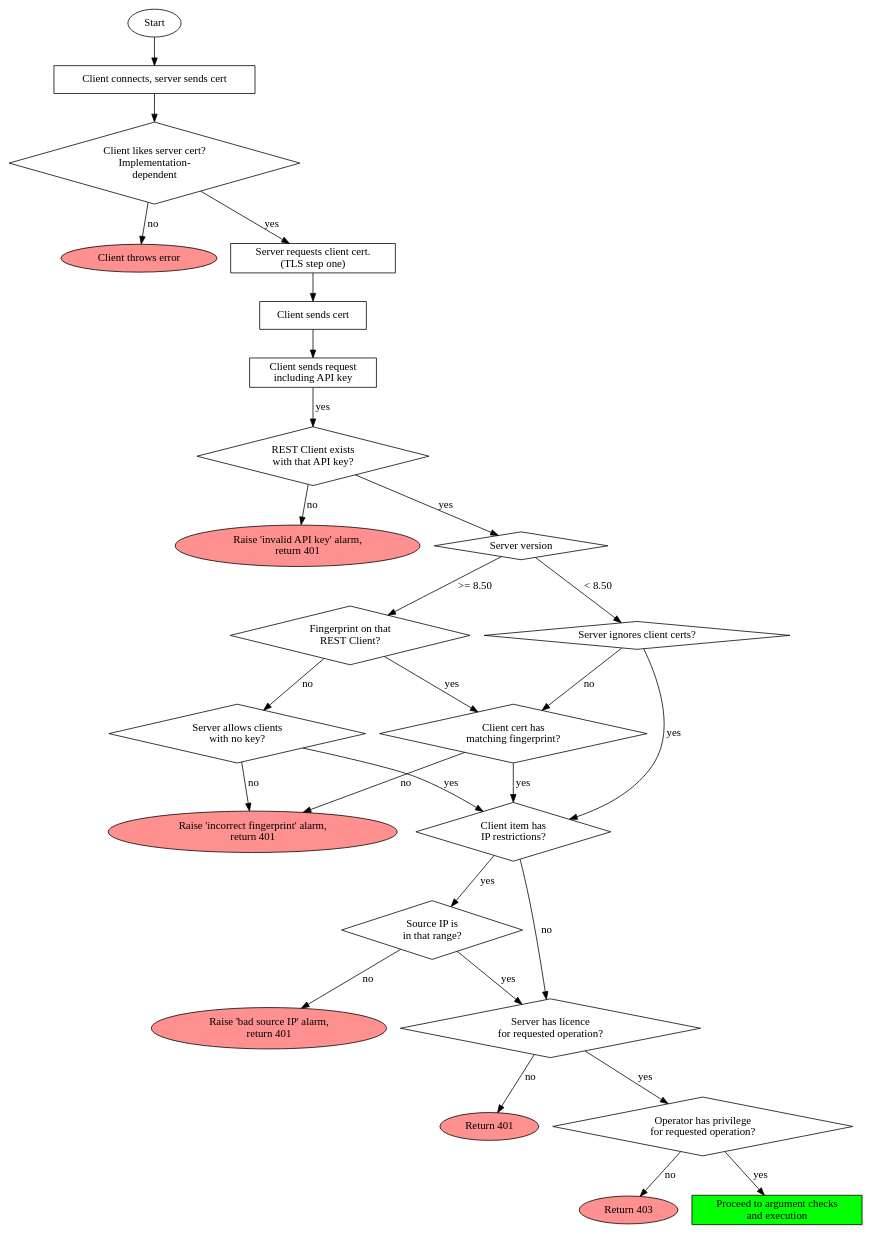
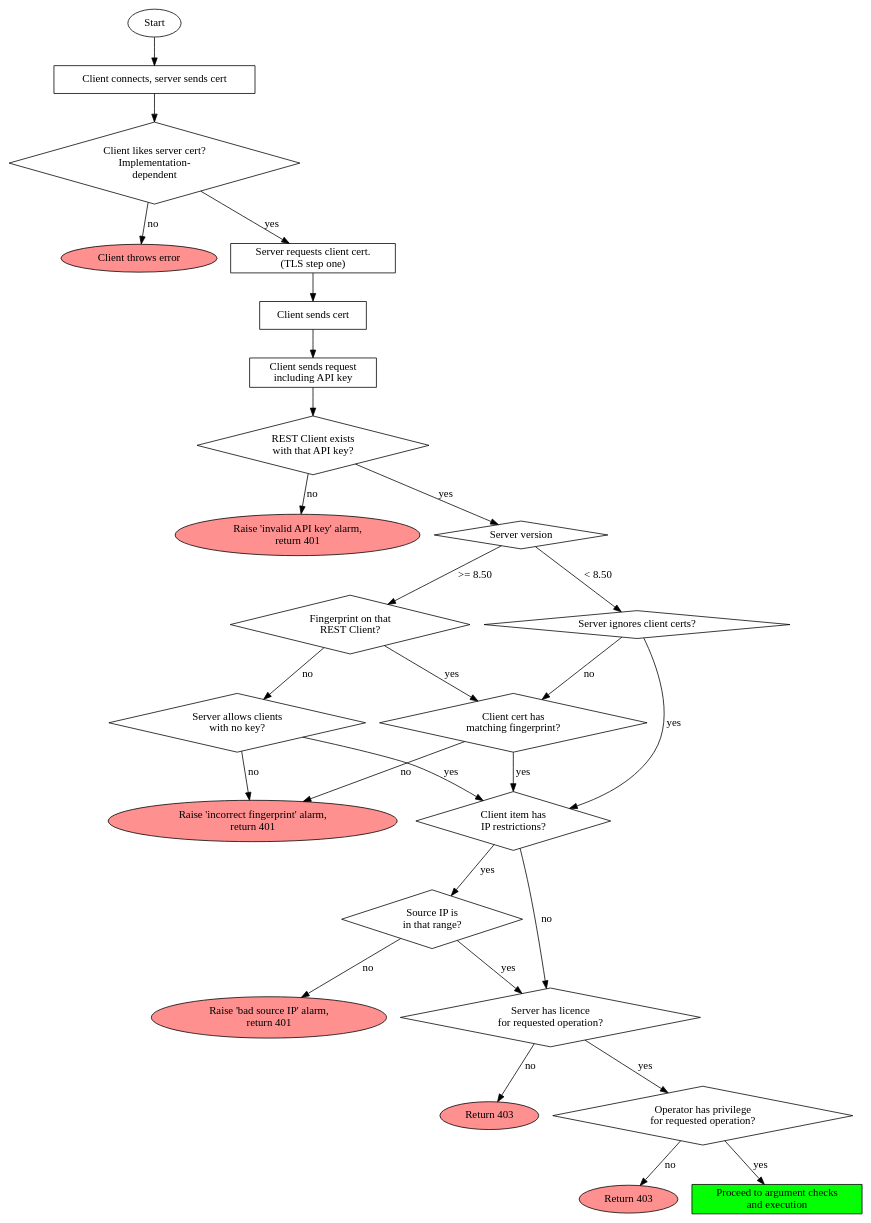
The diagram in training/auth_flow.dot (GallagherSecurity/cc-rest-docs), drawn with Graphviz before and after one commit. The commit also changed 2 other files, not shown here.

Commit message:
Adoc spruced.  Flowchart errors fixed.

```diff
--- a/training/auth_flow.dot
+++ b/training/auth_flow.dot
@@ -1,73 +1,73 @@
 # Turn this into auth_flow.dot.pdf using Graphviz:
 # dot auth_flow.dot -Tpdf -O
 digraph
 {
         start[label=Start]
 
         node [shape=ellipse, style=filled, fillcolor="#ff9090"]
         o_noapikey[label="Raise 'invalid API key' alarm,\nreturn 401"]
         o_badprint[label="Raise 'incorrect fingerprint' alarm,\nreturn 401"]
         o_badip[label="Raise 'bad source IP' alarm,\nreturn 401"]
-        o_nolicence[label="Return 401"]
+        o_nolicence[label="Return 403"]
         clientquit[label="Client throws error"]
         o_nopriv[label="Return 403"]
 
         node [shape=box, style=""]
         op1[label="Client connects, server sends cert"]
         o_reqclientcert[label="Server requests client cert.\n(TLS step one)"]
         o_clientsendscert[label="Client sends cert"]
         o_clientreq[label="Client sends request\nincluding API key"]
         o_argcheck[label="Proceed to argument checks\nand execution" style=filled fillcolor="#04ff04"]
 
         node [shape=diamond]
         cond[label="Client likes server cert?\nImplementation-\ndependent"]
         c_apikeycheck[label="REST Client exists\nwith that API key?"]
         c_versioncheck [label="Server version" ]
         c_clientcertcheck1[label="Fingerprint on that\nREST Client?"]
         c_clientcertcheck2[label="Server allows clients\nwith no key?"]
 
         c_clientcertcheck840[label="Server ignores client certs?"]
 
         c_correctcert[label="Client cert has\nmatching fingerprint?" shape=diamond]
         c_sourceip1[label="Client item has\nIP restrictions?"]
         c_sourceip2[label="Source IP is\nin that range?"]
         c_licence[label="Server has licence\nfor requested operation?"]
         c_privcheck[label="Operator has privilege\nfor requested operation?"]
 
         start->op1
         op1->cond
         cond->clientquit [label = "no"]
         cond->o_reqclientcert [label = "yes"]
         o_reqclientcert -> o_clientsendscert
         o_clientsendscert -> o_clientreq
-        o_clientreq->c_apikeycheck [label = "yes"]
+        o_clientreq->c_apikeycheck
 
         c_apikeycheck->o_noapikey [label = "no"]
         c_apikeycheck->c_versioncheck [label = "yes"]
 
         c_versioncheck -> c_clientcertcheck1 [label = ">= 8.50"]
         c_versioncheck -> c_clientcertcheck840 [label = "< 8.50"]
 
         c_clientcertcheck1->c_clientcertcheck2 [label= "no"]
 
         c_clientcertcheck840->c_sourceip1 [label = "yes"]
         c_clientcertcheck840->c_correctcert [label = "no"]
 
         c_clientcertcheck2->o_badprint [label = "no"]
         c_clientcertcheck2->c_sourceip1 [label = "yes"]
 
         c_clientcertcheck1->c_correctcert [label = "yes"]
         c_correctcert->o_badprint [label = "no"]
 
         c_correctcert->c_sourceip1 [label = "yes"]
         c_sourceip1->c_licence [label = "no"]
         c_sourceip1->c_sourceip2 [label = "yes"]
         
         c_sourceip2->c_licence [label = "yes"]
         c_sourceip2->o_badip [label = "no"]
 
         c_licence->o_nolicence [label="no"]
         c_licence->c_privcheck [label="yes"]
         c_privcheck->o_nopriv [label="no"]
         c_privcheck->o_argcheck [label="yes"]
 }
```
